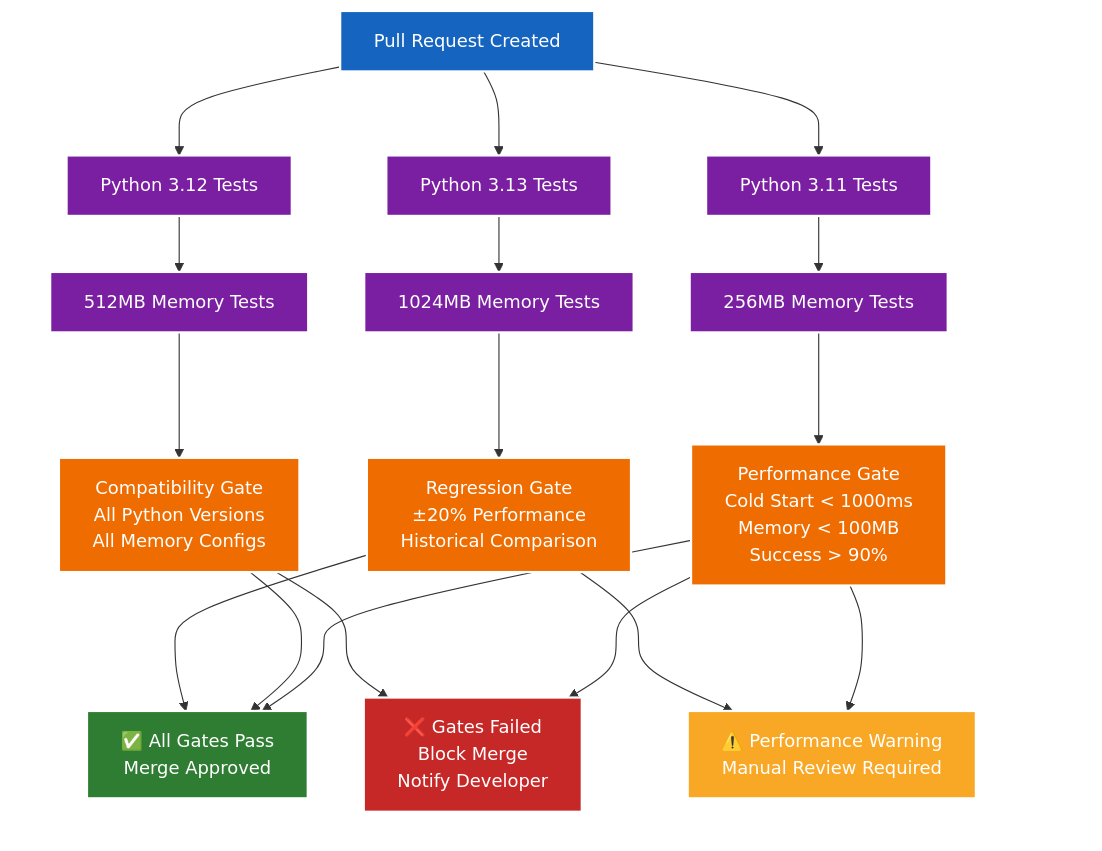
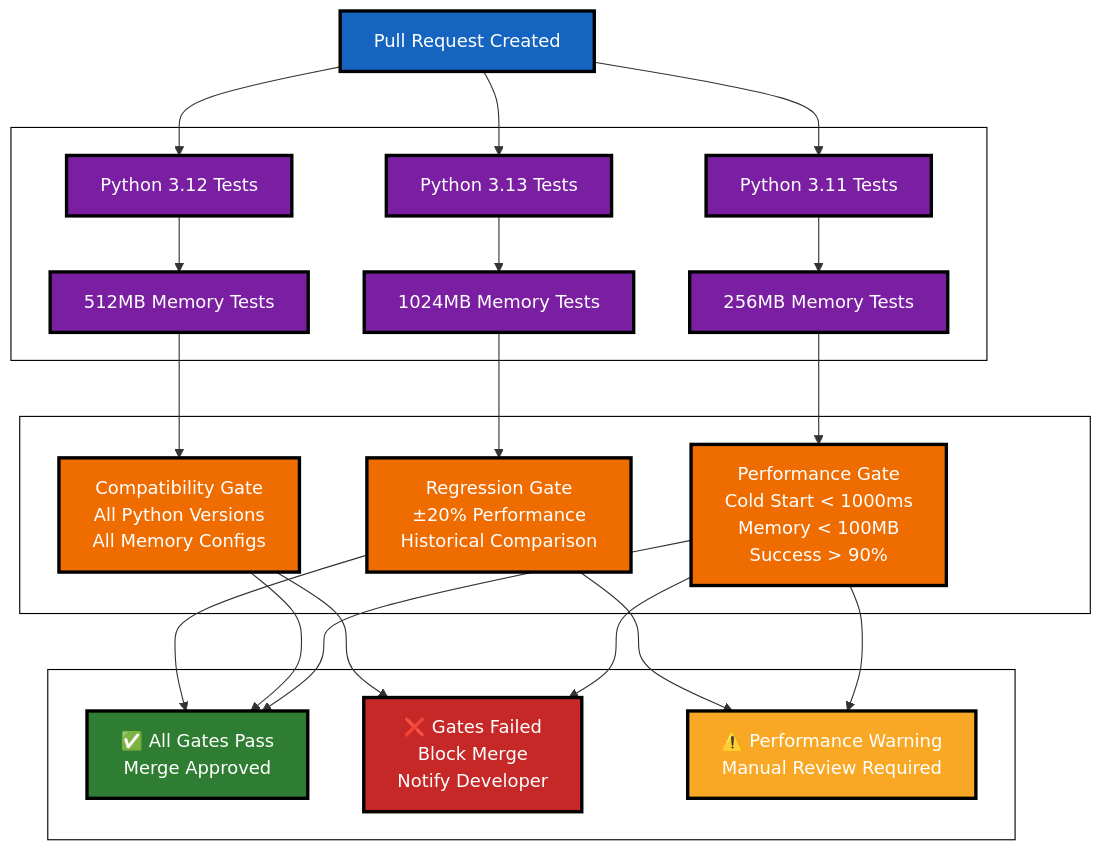
One commit to honeyhiveai/python-sdk changed the fourth of 5 diagrams in docs/development/testing/lambda-testing.rst. Above: the diagram before and after it, drawn with Mermaid. The commit also changed other lines of this file and 1 other file, not shown here.

First line of the commit message:
fix: optimize Mermaid node labels for Firefox compatibility

```diff
--- a/docs/development/testing/lambda-testing.rst
+++ b/docs/development/testing/lambda-testing.rst
@@ -722,63 +722,63 @@
 .. mermaid::
 
-   %%{init: {'theme':'base', 'themeVariables': {'primaryColor': '#4F81BD', 'primaryTextColor': '#ffffff', 'primaryBorderColor': '#ffffff', 'lineColor': '#333333', 'mainBkg': 'transparent', 'secondBkg': 'transparent', 'tertiaryColor': 'transparent', 'clusterBkg': 'transparent', 'clusterBorder': '#ffffff', 'edgeLabelBackground': 'transparent', 'background': 'transparent'}, 'flowchart': {'linkColor': '#333333', 'linkWidth': 2}}}%%
+   %%{init: {'theme':'base', 'themeVariables': {'primaryColor': '#4F81BD', 'primaryTextColor': '#ffffff', 'primaryBorderColor': '#000000', 'lineColor': '#333333', 'mainBkg': 'transparent', 'secondBkg': 'transparent', 'tertiaryColor': 'transparent', 'clusterBkg': 'transparent', 'clusterBorder': '#000000', 'edgeLabelBackground': 'transparent', 'background': 'transparent'}, 'flowchart': {'linkColor': '#333333', 'linkWidth': 2}}}%%
    graph TD
        PR[Pull Request Created]
        
        subgraph "Automated Testing Matrix"
            PY311[Python 3.11 Tests]
            PY312[Python 3.12 Tests]
            PY313[Python 3.13 Tests]
            
            M256[256MB Memory Tests]
            M512[512MB Memory Tests]
            M1024[1024MB Memory Tests]
        end
        
        subgraph "Quality Gates"
            PERF[Performance Gate<br/>Cold Start < 1000ms<br/>Memory < 100MB<br/>Success > 90%]
            COMPAT[Compatibility Gate<br/>All Python Versions<br/>All Memory Configs]
            REGRESS[Regression Gate<br/>±20% Performance<br/>Historical Comparison]
        end
        
        subgraph "Results"
            PASS[✅ All Gates Pass<br/>Merge Approved]
            FAIL[❌ Gates Failed<br/>Block Merge<br/>Notify Developer]
            WARN[⚠️ Performance Warning<br/>Manual Review Required]
        end
        
        PR --> PY311
        PR --> PY312
        PR --> PY313
        
        PY311 --> M256
        PY312 --> M512
        PY313 --> M1024
        
        M256 --> PERF
        M512 --> COMPAT
        M1024 --> REGRESS
        
        PERF --> PASS
        PERF --> FAIL
        PERF --> WARN
        
        COMPAT --> PASS
        COMPAT --> FAIL
        
        REGRESS --> WARN
        REGRESS --> PASS
        
-       classDef trigger fill:#1565c0,stroke:#ffffff,stroke-width:2px,color:#ffffff
-       classDef test fill:#7b1fa2,stroke:#ffffff,stroke-width:2px,color:#ffffff
-       classDef gate fill:#ef6c00,stroke:#ffffff,stroke-width:2px,color:#ffffff
-       classDef success fill:#2e7d32,stroke:#ffffff,stroke-width:2px,color:#ffffff
-       classDef warning fill:#f9a825,stroke:#ffffff,stroke-width:2px,color:#ffffff
-       classDef failure fill:#c62828,stroke:#ffffff,stroke-width:2px,color:#ffffff
+       classDef trigger fill:#1565c0,stroke:#000000,stroke-width:3px,color:#ffffff
+       classDef test fill:#7b1fa2,stroke:#000000,stroke-width:3px,color:#ffffff
+       classDef gate fill:#ef6c00,stroke:#000000,stroke-width:3px,color:#ffffff
+       classDef success fill:#2e7d32,stroke:#000000,stroke-width:3px,color:#ffffff
+       classDef warning fill:#f9a825,stroke:#000000,stroke-width:3px,color:#ffffff
+       classDef failure fill:#c62828,stroke:#000000,stroke-width:3px,color:#ffffff
        
        class PR trigger
        class PY311,PY312,PY313,M256,M512,M1024 test
        class PERF,COMPAT,REGRESS gate
        class PASS success
        class WARN warning
        class FAIL failure
```
